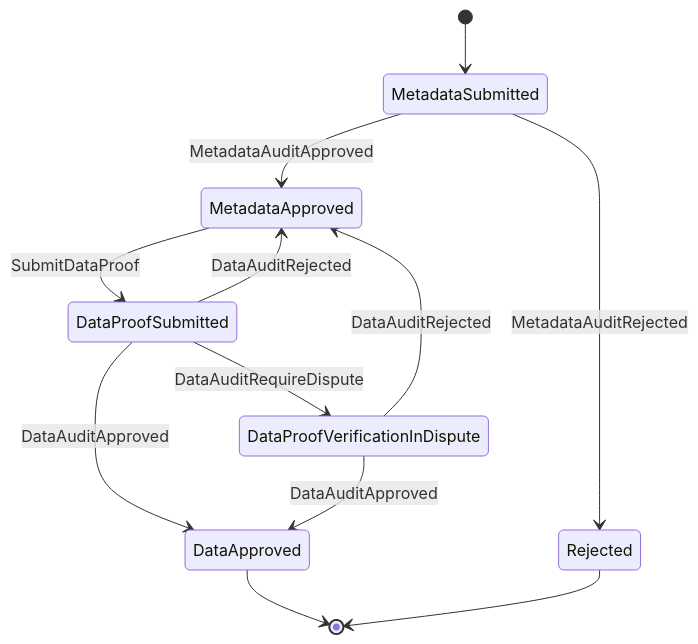
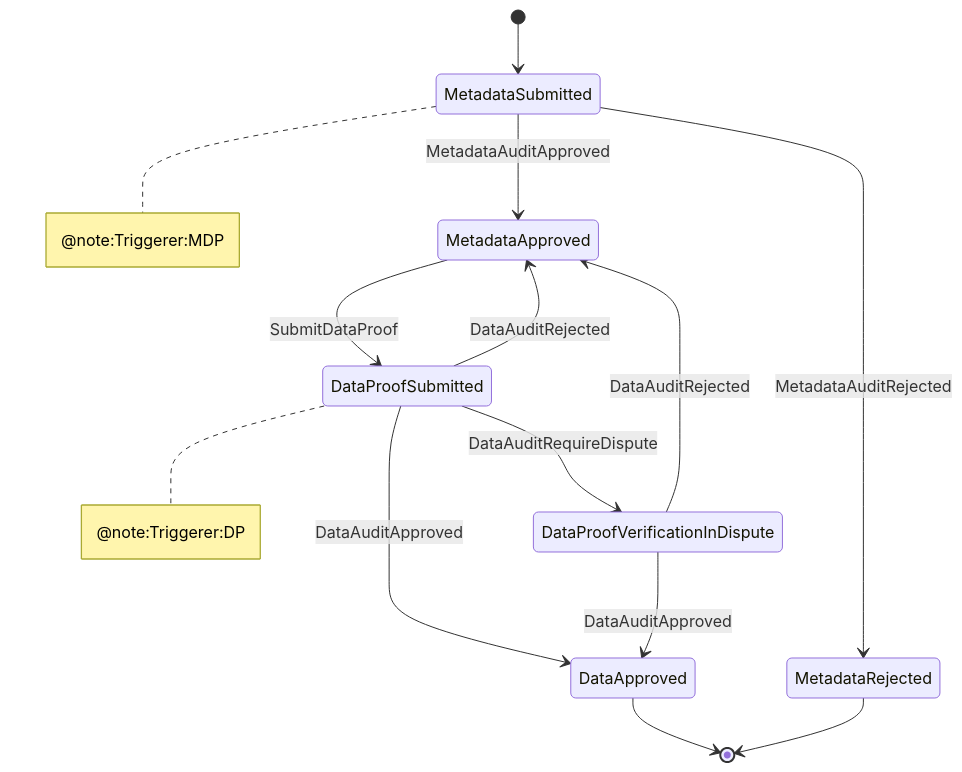
The diagram in systems/README.md (dataswap/specs), drawn with Mermaid before and after one commit. The commit also changed other lines of this file, not shown here.

````diff
--- a/systems/README.md
+++ b/systems/README.md
@@ -74,14 +74,21 @@
 ```mermaid
 stateDiagram
     [*] --> MetadataSubmitted
     MetadataSubmitted --> MetadataApproved:MetadataAuditApproved
-    MetadataSubmitted --> Rejected:MetadataAuditRejected
+    MetadataSubmitted --> MetadataRejected:MetadataAuditRejected
     MetadataApproved --> DataProofSubmitted:SubmitDataProof
     DataProofSubmitted --> DataApproved:DataAuditApproved
     DataProofSubmitted --> MetadataApproved:DataAuditRejected
     DataProofSubmitted --> DataProofVerificationInDispute:DataAuditRequireDispute
     DataProofVerificationInDispute --> DataApproved:DataAuditApproved
     DataProofVerificationInDispute --> MetadataApproved:DataAuditRejected
     DataApproved -->[*]
-    Rejected -->[*]
+    MetadataRejected -->[*]
+
+    note right of MetadataSubmitted
+      @note:Triggerer:MDP
+    end note
+    note right of DataProofSubmitted
+      @note:Triggerer:DP
+    end note
 ```
````
